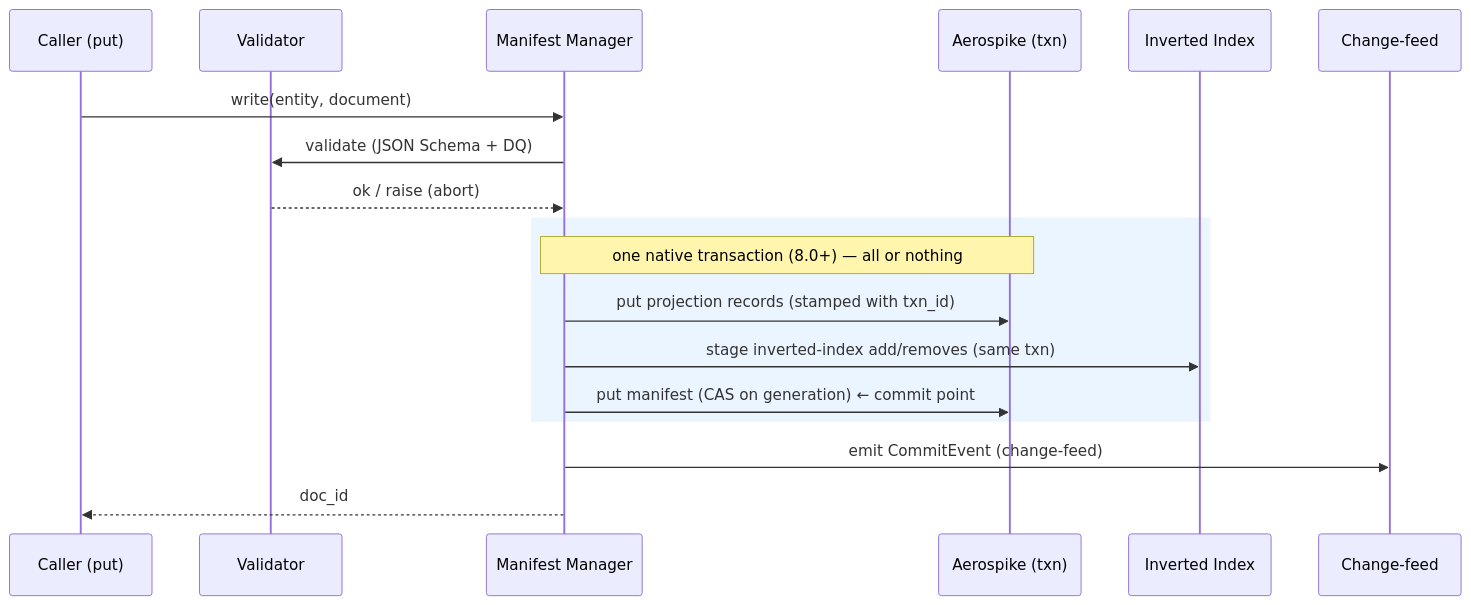
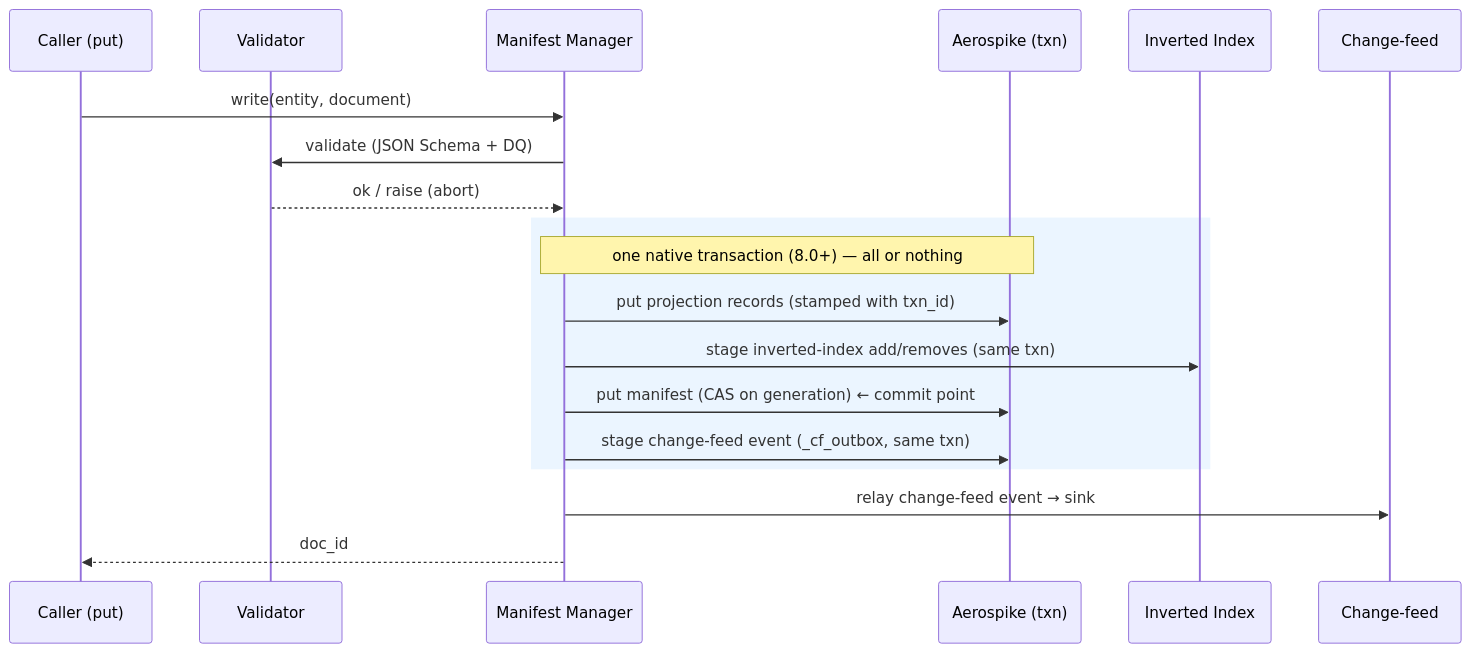
The second of 3 diagrams in docs/architecture.md (shubham3582/test), drawn with Mermaid before and after one commit. The commit also changed 20 other files, not shown here.

````diff
--- a/docs/architecture.md
+++ b/docs/architecture.md
@@ -72,21 +72,22 @@
 ```mermaid
 sequenceDiagram
     participant C as Caller (put)
     participant V as Validator
     participant M as Manifest Manager
     participant S as Aerospike (txn)
     participant I as Inverted Index
     participant K as Change-feed
 
     C->>M: write(entity, document)
     M->>V: validate (JSON Schema + DQ)
     V-->>M: ok / raise (abort)
     rect rgb(235,245,255)
       note over M,S: one native transaction (8.0+) — all or nothing
       M->>S: put projection records (stamped with txn_id)
       M->>I: stage inverted-index add/removes (same txn)
       M->>S: put manifest (CAS on generation) ← commit point
+      M->>S: stage change-feed event (_cf_outbox, same txn)
     end
-    M->>K: emit CommitEvent (change-feed)
+    M->>K: relay change-feed event → sink
     M-->>C: doc_id
 ```
````
